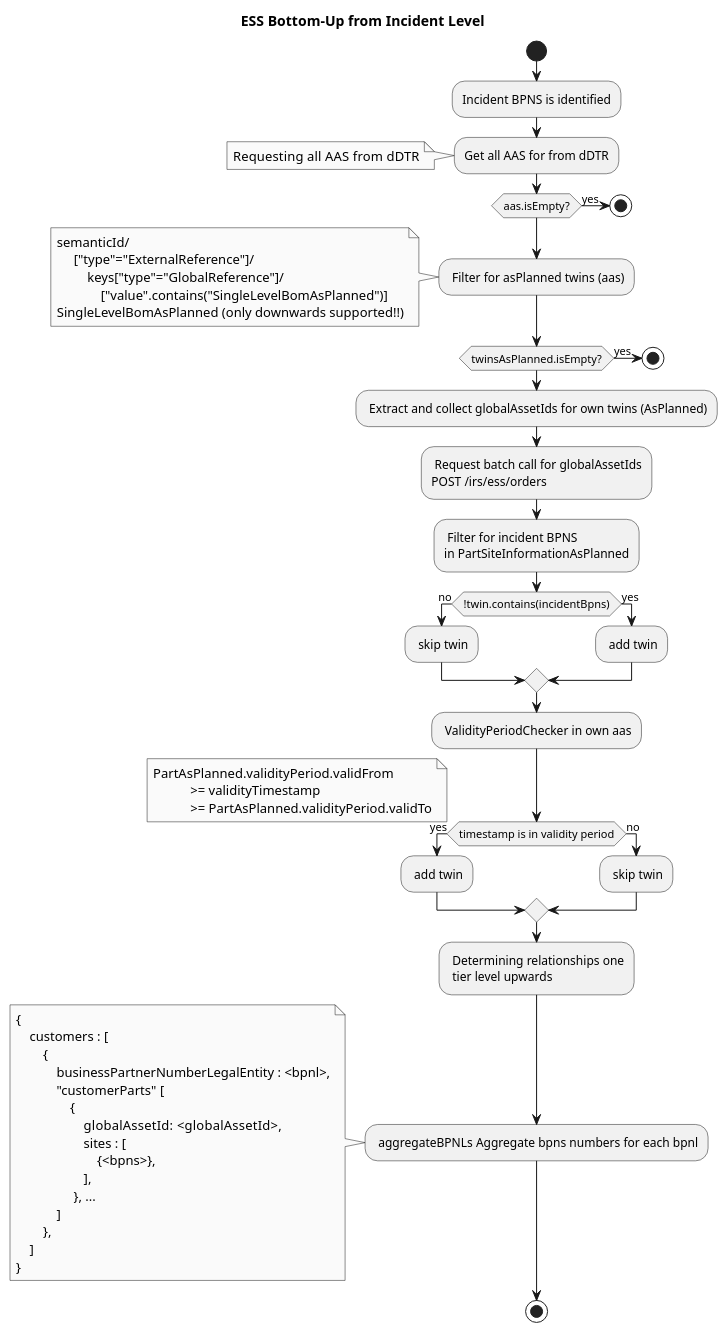
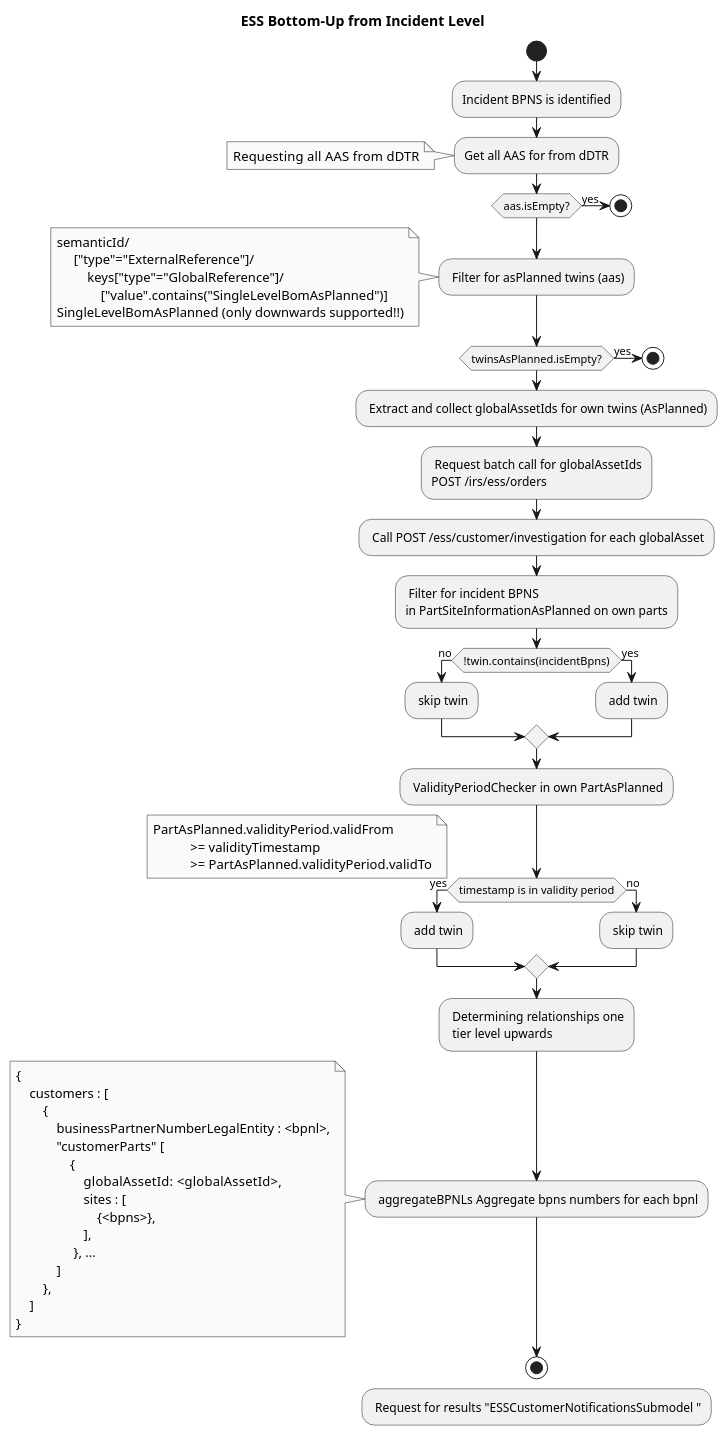
The diagram in docs/src/uml-diagrams/irs-recursive/ess-bottom-up/activity/1_incident_scenario_ess-bottom_up-activity.puml (eclipse-tractusx/item-relationship-service), drawn with PlantUML before and after one commit. The commit also changed 2 other files, not shown here.

Commit message:
fix(diagram):[TRI-1715] update concepts

```diff
--- a/docs/src/uml-diagrams/irs-recursive/ess-bottom-up/activity/1_incident_scenario_ess-bottom_up-activity.puml
+++ b/docs/src/uml-diagrams/irs-recursive/ess-bottom-up/activity/1_incident_scenario_ess-bottom_up-activity.puml
@@ -1,81 +1,84 @@
 @startuml
 skinparam monochrome true
 skinparam shadowing false
 skinparam defaultFontName "Architects daughter"
 title "ESS Bottom-Up from Incident Level"
 
 
 | OEM  - IRS Incident Tier Level |
 start
 :Incident BPNS is identified;
 :Get all AAS for from dDTR;
 note left
    Requesting all AAS  from dDTR
 end note
 if(aas.isEmpty?) then (yes)
     stop
 endif
 
 : Filter for asPlanned twins (aas);
 note left
                semanticId/
                     ["type"="ExternalReference"]/
                         keys["type"="GlobalReference"]/
                             ["value".contains("SingleLevelBomAsPlanned")]
                SingleLevelBomAsPlanned (only downwards supported!!)
 end note
 if(twinsAsPlanned.isEmpty?) then (yes)
     stop
 endif
 
 : Extract and collect globalAssetIds for own twins (AsPlanned);
 : Request batch call for globalAssetIds
 POST /irs/ess/orders;
+: Call POST /ess/customer/investigation for each globalAsset;
 
 
 : Filter for incident BPNS
-in PartSiteInformationAsPlanned;
+in PartSiteInformationAsPlanned on own parts;
 
 if(!twin.contains(incidentBpns)) then (no)
     : skip twin;
 else (yes)
     : add twin;
 endif
 
-: ValidityPeriodChecker in own aas;
+: ValidityPeriodChecker in own PartAsPlanned;
 if(timestamp is in validity period) then (yes)
 note left
     PartAsPlanned.validityPeriod.validFrom
                >= validityTimestamp
                >= PartAsPlanned.validityPeriod.validTo
 end note
     : add twin;
 else (no)
     : skip twin;
 endif
 
 
 : Determining relationships one
  tier level upwards;
 
 : aggregateBPNLs Aggregate bpns numbers for each bpnl;
       note left
             {
                 customers : [
                     {
                         businessPartnerNumberLegalEntity : <bpnl>,
                         "customerParts" [
                             {
                                 globalAssetId:   <globalAssetId>,
                                 sites : [
                                     {<bpns>},
                                 ],
                              }, ...
                         ]
                     },
                 ]
             }
         end note
 stop
 
+: Request for results "ESSCustomerNotificationsSubmodel ";
+
 @enduml
```
